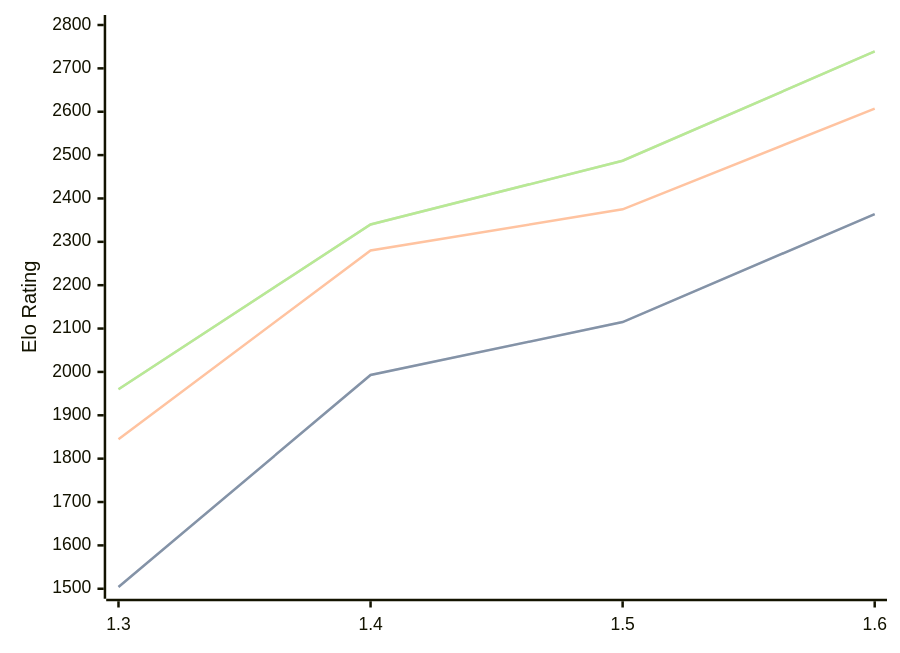
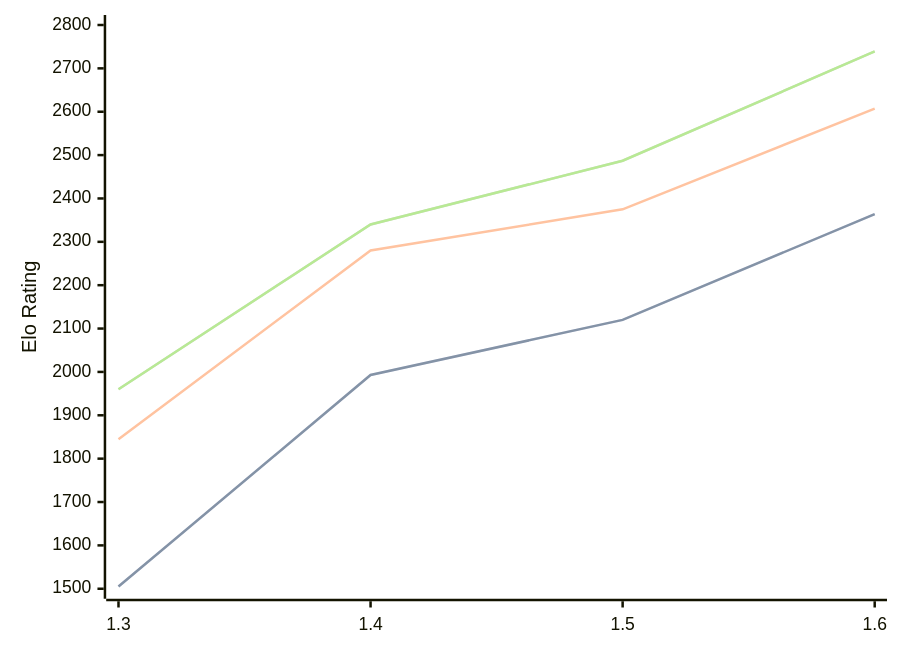
Before and after one commit to computer-chess-index/cci: the diagram in engines/Facon.md, drawn with Mermaid. The commit also changed other lines of this file, not shown here.

````diff
--- a/engines/Facon.md
+++ b/engines/Facon.md
@@ -37,11 +37,11 @@
 ```mermaid
 %%{init: {"theme":"base","themeVariables":{"seriesColors:['#a3a3a3','#222221','#faa371']}}}%%
 xychart-beta
   x-axis ["1.3", "1.4", "1.5", "1.6"]
   y-axis "Elo Rating" 1500 --> 2800
-  line "STC (8.0+0.08s)" [1504, 1993, 2115, 2364]
-  line "STC (8.0+0.08s)" [1504, 1993, 2115, 2364]
+  line "STC (8.0+0.08s)" [1505, 1993, 2120, 2364]
+  line "STC (8.0+0.08s)" [1505, 1993, 2120, 2364]
   line "LTC (60.0+0.60s)" [1845, 2280, 2375, 2607]
   line "VLTC (2m24s+1.12s)" [1960, 2340, 2487, 2739]
   line "VLTC (2m24s+1.12s)" [1960, 2340, 2487, 2739]
 ```
````
